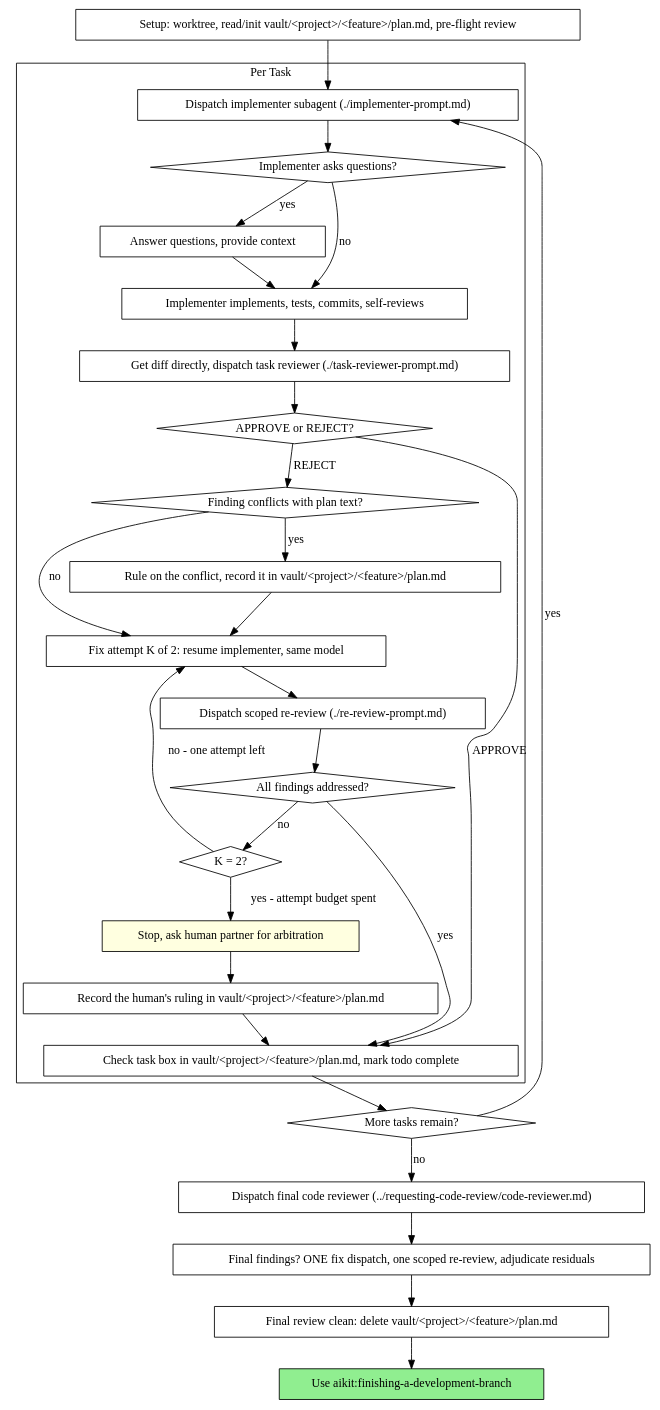
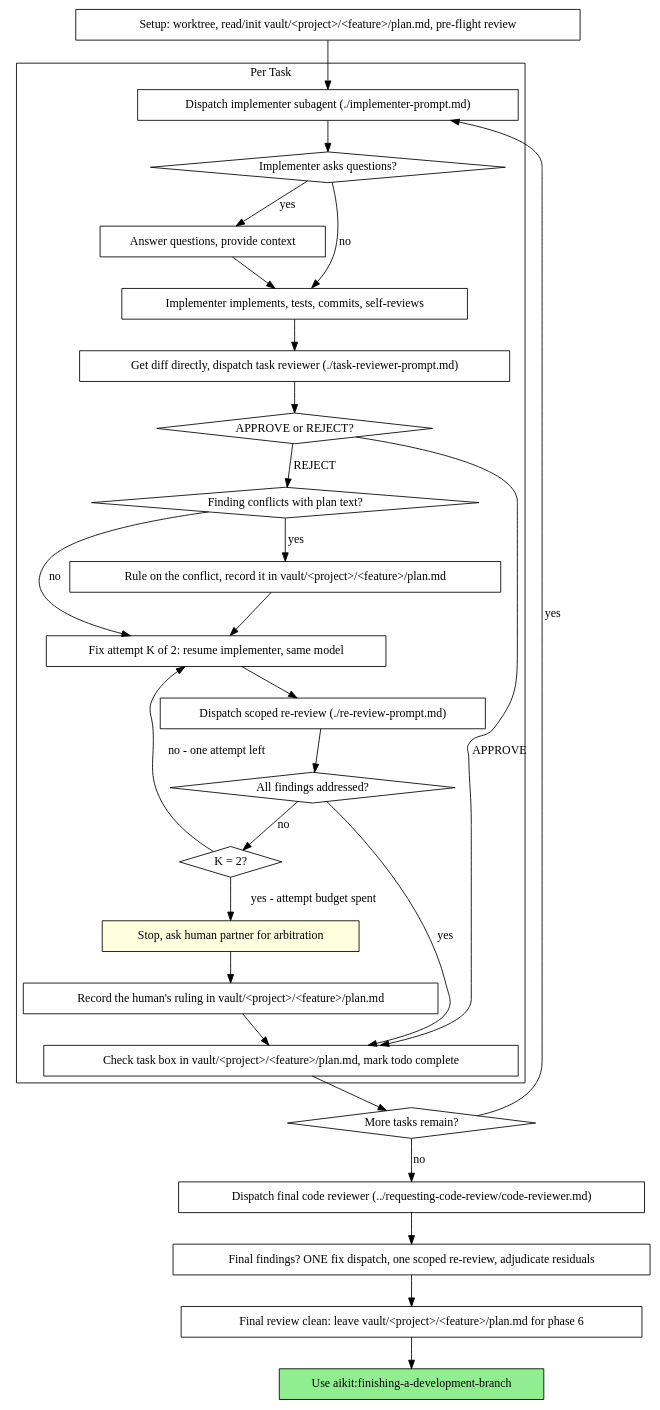
Before and after one commit to Athyrr/aikit: the second of 2 diagrams in skills/executing-plans/SKILL.md, drawn with Graphviz. The commit also changed other lines of this file and 2 other files, not shown here.

Commit message:
fix(skills): plan.md is left for phase 6, which moves it to traces/, per ruling R1

````diff
--- a/skills/executing-plans/SKILL.md
+++ b/skills/executing-plans/SKILL.md
@@ -51,58 +51,58 @@
 ```dot
 digraph process {
     rankdir=TB;
 
     subgraph cluster_per_task {
         label="Per Task";
         "Dispatch implementer subagent (./implementer-prompt.md)" [shape=box];
         "Implementer asks questions?" [shape=diamond];
         "Answer questions, provide context" [shape=box];
         "Implementer implements, tests, commits, self-reviews" [shape=box];
         "Get diff directly, dispatch task reviewer (./task-reviewer-prompt.md)" [shape=box];
         "APPROVE or REJECT?" [shape=diamond];
         "Finding conflicts with plan text?" [shape=diamond];
         "Rule on the conflict, record it in vault/<project>/<feature>/plan.md" [shape=box];
         "Fix attempt K of 2: resume implementer, same model" [shape=box];
         "Dispatch scoped re-review (./re-review-prompt.md)" [shape=box];
         "All findings addressed?" [shape=diamond];
         "K = 2?" [shape=diamond];
         "Stop, ask human partner for arbitration" [shape=box style=filled fillcolor=lightyellow];
         "Record the human's ruling in vault/<project>/<feature>/plan.md" [shape=box];
         "Check task box in vault/<project>/<feature>/plan.md, mark todo complete" [shape=box];
     }
 
     "Setup: worktree, read/init vault/<project>/<feature>/plan.md, pre-flight review" [shape=box];
     "More tasks remain?" [shape=diamond];
     "Dispatch final code reviewer (../requesting-code-review/code-reviewer.md)" [shape=box];
     "Final findings? ONE fix dispatch, one scoped re-review, adjudicate residuals" [shape=box];
-    "Final review clean: delete vault/<project>/<feature>/plan.md" [shape=box];
+    "Final review clean: leave vault/<project>/<feature>/plan.md for phase 6" [shape=box];
     "Use aikit:finishing-a-development-branch" [shape=box style=filled fillcolor=lightgreen];
 
     "Setup: worktree, read/init vault/<project>/<feature>/plan.md, pre-flight review" -> "Dispatch implementer subagent (./implementer-prompt.md)";
     "Dispatch implementer subagent (./implementer-prompt.md)" -> "Implementer asks questions?";
     "Implementer asks questions?" -> "Answer questions, provide context" [label="yes"];
     "Answer questions, provide context" -> "Implementer implements, tests, commits, self-reviews";
     "Implementer asks questions?" -> "Implementer implements, tests, commits, self-reviews" [label="no"];
     "Implementer implements, tests, commits, self-reviews" -> "Get diff directly, dispatch task reviewer (./task-reviewer-prompt.md)";
     "Get diff directly, dispatch task reviewer (./task-reviewer-prompt.md)" -> "APPROVE or REJECT?";
     "APPROVE or REJECT?" -> "Check task box in vault/<project>/<feature>/plan.md, mark todo complete" [label="APPROVE"];
     "APPROVE or REJECT?" -> "Finding conflicts with plan text?" [label="REJECT"];
     "Finding conflicts with plan text?" -> "Rule on the conflict, record it in vault/<project>/<feature>/plan.md" [label="yes"];
     "Rule on the conflict, record it in vault/<project>/<feature>/plan.md" -> "Fix attempt K of 2: resume implementer, same model";
     "Finding conflicts with plan text?" -> "Fix attempt K of 2: resume implementer, same model" [label="no"];
     "Fix attempt K of 2: resume implementer, same model" -> "Dispatch scoped re-review (./re-review-prompt.md)";
     "Dispatch scoped re-review (./re-review-prompt.md)" -> "All findings addressed?";
     "All findings addressed?" -> "Check task box in vault/<project>/<feature>/plan.md, mark todo complete" [label="yes"];
     "All findings addressed?" -> "K = 2?" [label="no"];
     "K = 2?" -> "Fix attempt K of 2: resume implementer, same model" [label="no - one attempt left"];
     "K = 2?" -> "Stop, ask human partner for arbitration" [label="yes - attempt budget spent"];
     "Stop, ask human partner for arbitration" -> "Record the human's ruling in vault/<project>/<feature>/plan.md";
     "Record the human's ruling in vault/<project>/<feature>/plan.md" -> "Check task box in vault/<project>/<feature>/plan.md, mark todo complete";
     "Check task box in vault/<project>/<feature>/plan.md, mark todo complete" -> "More tasks remain?";
     "More tasks remain?" -> "Dispatch implementer subagent (./implementer-prompt.md)" [label="yes"];
     "More tasks remain?" -> "Dispatch final code reviewer (../requesting-code-review/code-reviewer.md)" [label="no"];
     "Dispatch final code reviewer (../requesting-code-review/code-reviewer.md)" -> "Final findings? ONE fix dispatch, one scoped re-review, adjudicate residuals";
-    "Final findings? ONE fix dispatch, one scoped re-review, adjudicate residuals" -> "Final review clean: delete vault/<project>/<feature>/plan.md";
-    "Final review clean: delete vault/<project>/<feature>/plan.md" -> "Use aikit:finishing-a-development-branch";
+    "Final findings? ONE fix dispatch, one scoped re-review, adjudicate residuals" -> "Final review clean: leave vault/<project>/<feature>/plan.md for phase 6";
+    "Final review clean: leave vault/<project>/<feature>/plan.md for phase 6" -> "Use aikit:finishing-a-development-branch";
 }
 ```
````
